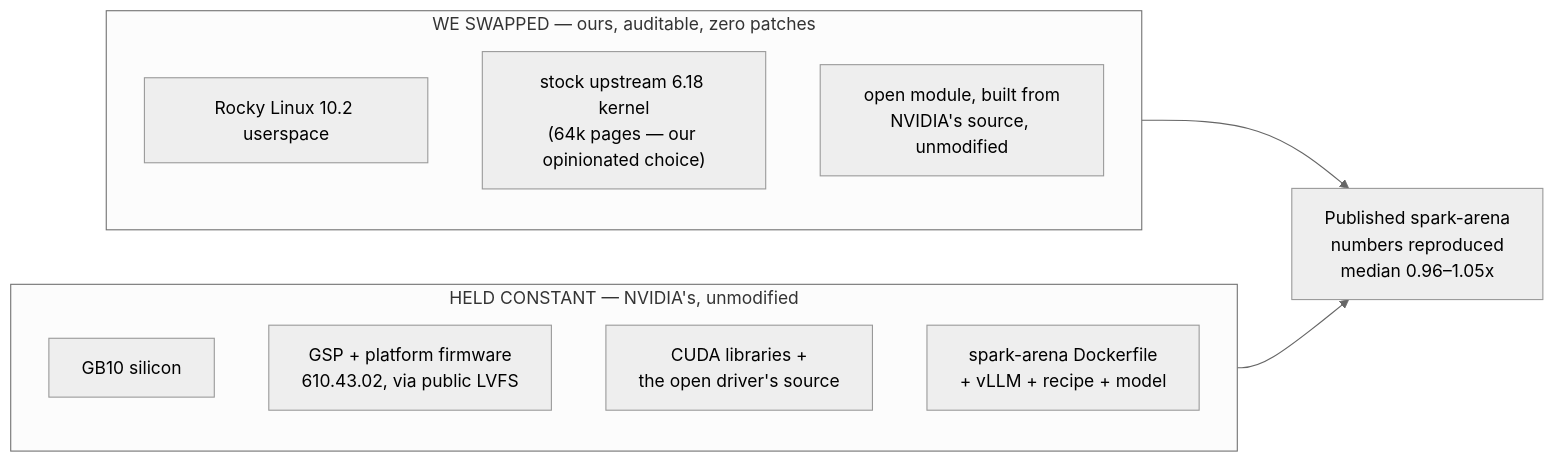
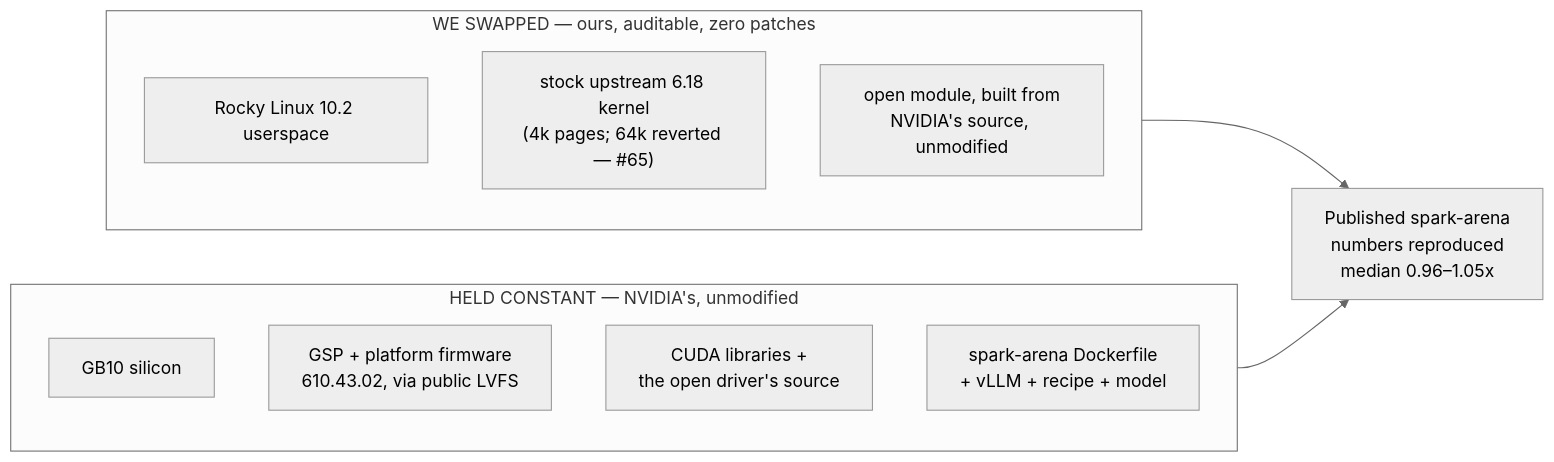
One commit to maxspevack/spark-rocky changed the diagram in docs/benchmark/proof.md. Above: the diagram before and after it, drawn with Mermaid (neutral theme). The commit also changed other lines of this file and 8 other files, not shown here.

````diff
--- a/docs/benchmark/proof.md
+++ b/docs/benchmark/proof.md
@@ -28,18 +28,18 @@
 ```mermaid
 graph LR
     subgraph held["HELD CONSTANT — NVIDIA's, unmodified"]
         direction TB
         A["GB10 silicon"]
         B["GSP + platform firmware<br/>610.43.02, via public LVFS"]
         C["CUDA libraries +<br/>the open driver's source"]
         D["spark-arena Dockerfile<br/>+ vLLM + recipe + model"]
     end
     subgraph swapped["WE SWAPPED — ours, auditable, zero patches"]
         direction TB
         E["Rocky Linux 10.2 userspace"]
-        F["stock upstream 6.18 kernel<br/>(64k pages — our opinionated choice)"]
+        F["stock upstream 6.18 kernel<br/>(4k pages; 64k reverted — #65)"]
         G["open module, built from<br/>NVIDIA's source, unmodified"]
     end
     swapped --> R["Published spark-arena<br/>numbers reproduced<br/>median 0.96–1.05x"]
     held --> R
 ```
````
